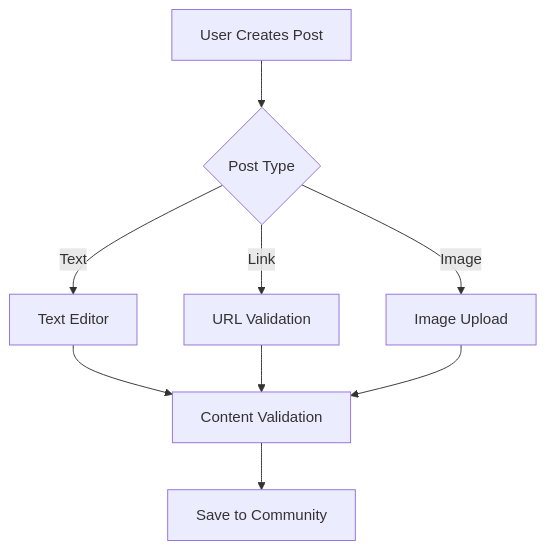
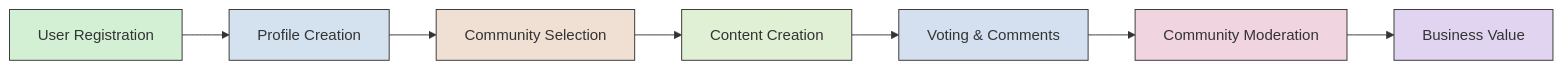
Before and after one commit to wrtnlabs/autobe-examples: the diagram in qwen/qwen3-30b-a3b-thinking-2507/reddit/docs/analysis/01-service-overview.md, drawn with Mermaid. The commit also changed other lines of this file and 9391 other files, not shown here.

````diff
--- a/qwen/qwen3-30b-a3b-thinking-2507/reddit/docs/analysis/01-service-overview.md
+++ b/qwen/qwen3-30b-a3b-thinking-2507/reddit/docs/analysis/01-service-overview.md
@@ -52,11 +211,16 @@
 ```mermaid
-graph TD
-    A[User Creates Post] --> B{Post Type}
-    B -->|Text| C[Text Editor]
-    B -->|Link| D[URL Validation]
-    B -->|Image| E[Image Upload]
-    C --> F[Content Validation]
-    D --> F
-    E --> F
-    F --> G[Save to Community]
+graph LR
+  A[User Registration] --> B[Profile Creation]
+  B --> C[Community Selection]
+  C --> D[Content Creation]
+  D --> E[Voting & Comments]
+  E --> F[Community Moderation]
+  F --> G[Business Value]
+  style A fill:#d4f0d4,stroke:#333
+  style B fill:#d4e2f0,stroke:#333
+  style C fill:#f0e0d4,stroke:#333
+  style D fill:#e0f0d4,stroke:#333
+  style E fill:#d4e0f0,stroke:#333
+  style F fill:#f0d4e0,stroke:#333
+  style G fill:#e0d4f0,stroke:#333
 ```
````
